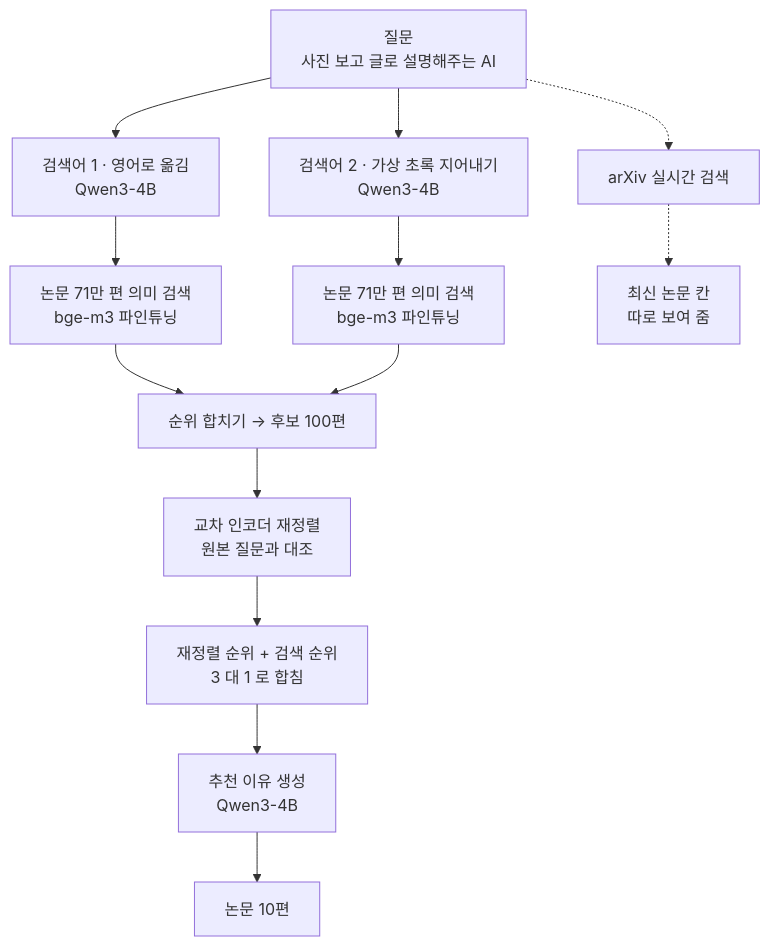
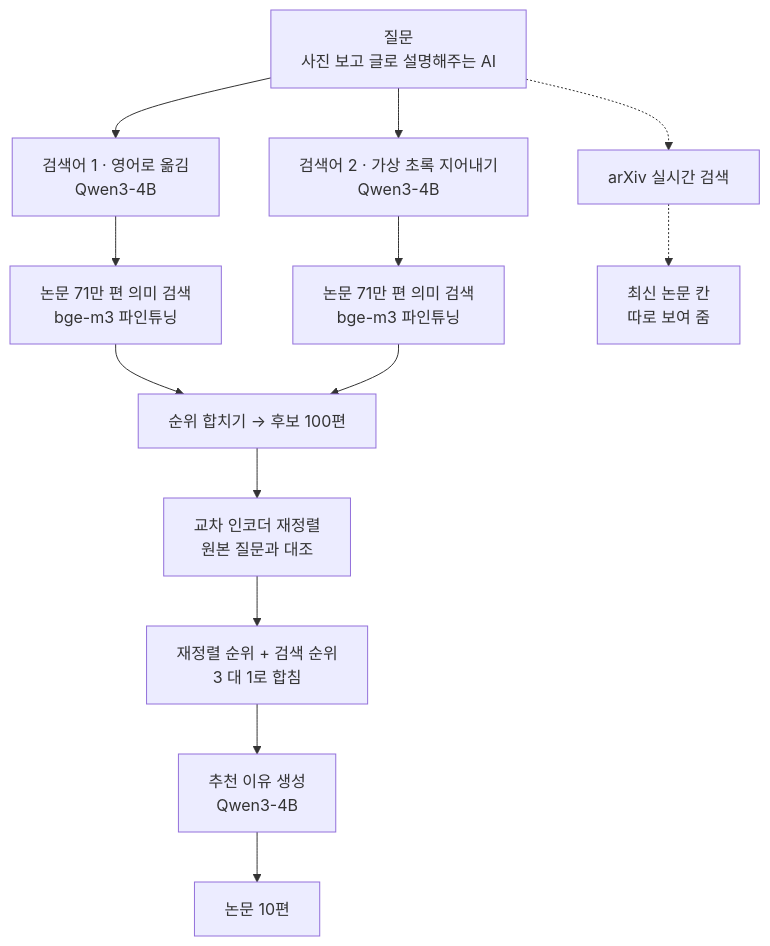
Before and after one commit to jmoongyu24/Papers-Please: the diagram in README.md, drawn with Mermaid. The commit also changed other lines of this file and 33 other files, not shown here.

````diff
--- a/README.md
+++ b/README.md
@@ -28,20 +28,20 @@
 ```mermaid
 flowchart TD
     Q["질문<br/>사진 보고 글로 설명해주는 AI"]
     T["검색어 1 · 영어로 옮김<br/>Qwen3-4B"]
     H["검색어 2 · 가상 초록 지어내기<br/>Qwen3-4B"]
     I1["논문 71만 편 의미 검색<br/>bge-m3 파인튜닝"]
     I2["논문 71만 편 의미 검색<br/>bge-m3 파인튜닝"]
     F["순위 합치기 → 후보 100편"]
     R["교차 인코더 재정렬<br/>원본 질문과 대조"]
-    F2["재정렬 순위 + 검색 순위<br/>3 대 1 로 합침"]
+    F2["재정렬 순위 + 검색 순위<br/>3 대 1로 합침"]
     A["추천 이유 생성<br/>Qwen3-4B"]
     O["논문 10편"]
     X["arXiv 실시간 검색"]
     N["최신 논문 칸<br/>따로 보여 줌"]
 
     Q --> T --> I1 --> F
     Q --> H --> I2 --> F
     F --> R --> F2 --> A --> O
     Q -.-> X -.-> N
 ```
````
